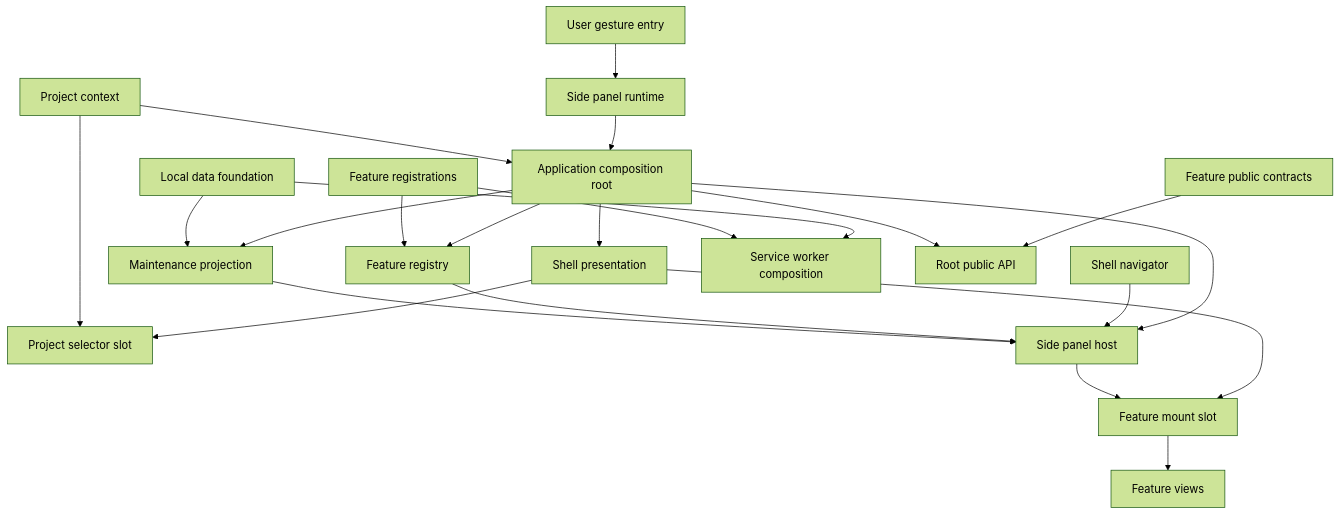
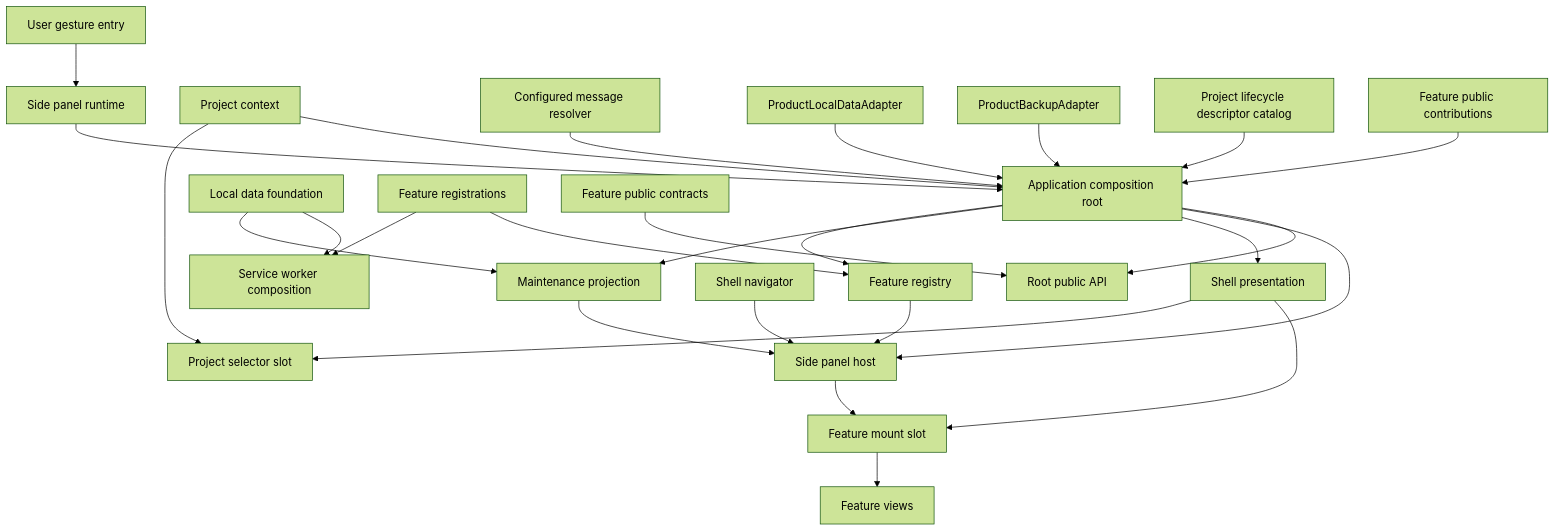
One commit to Huruikagi/pc-build-planner changed the first of 2 diagrams in .kiro/specs/application-shell/design.md. Above: the diagram before and after it, drawn with Mermaid (forest theme). The commit also changed other lines of this file and 85 other files, not shown here.

````diff
--- a/.kiro/specs/application-shell/design.md
+++ b/.kiro/specs/application-shell/design.md
@@ -89,24 +104,29 @@
 ```mermaid
 graph TB
     Gesture[User gesture entry] --> Runtime[Side panel runtime]
     Runtime --> Root[Application composition root]
     Root --> Registry[Feature registry]
     Root --> Maintenance[Maintenance projection]
     Root --> Presentation[Shell presentation]
     Presentation --> ProjectSlot[Project selector slot]
     ProjectContext[Project context] --> ProjectSlot
     ProjectContext --> Root
     Presentation --> FeatureSlot[Feature mount slot]
     Root --> Host[Side panel host]
     Navigator[Shell navigator] --> Host
     Host --> FeatureSlot
     Registry --> Host
     Maintenance --> Host
     Foundation[Local data foundation] --> Maintenance
     Foundation --> WorkerRuntime[Service worker composition]
     Features --> WorkerRuntime
     Features[Feature registrations] --> Registry
     FeatureSlot --> FeatureViews[Feature views]
     PublicContracts[Feature public contracts] --> RootApi[Root public API]
     Root --> RootApi
+    Messages[Configured message resolver] --> Root
+    ProductData[ProductLocalDataAdapter] --> Root
+    ProductBackup[ProductBackupAdapter] --> Root
+    Lifecycle[Project lifecycle descriptor catalog] --> Root
+    PublicPorts[Feature public contributions] --> Root
 ```
````
